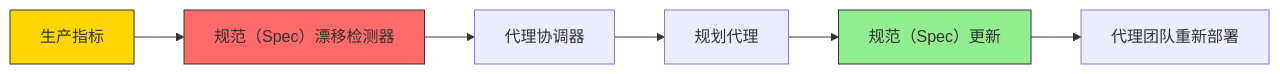
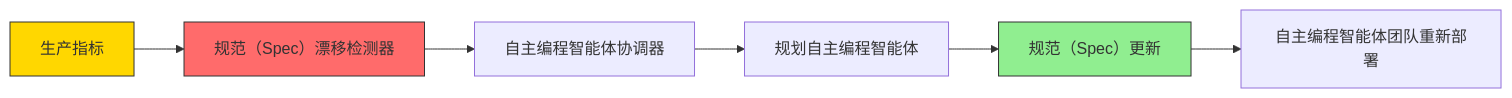
Before and after one commit to ouyangshixiong/context-engineering-zh: the sixth of 10 diagrams in README.md, drawn with Mermaid. The commit also changed other lines of this file and 6 other files, not shown here.

````diff
--- a/README.md
+++ b/README.md
@@ -396,12 +376,12 @@
 ```mermaid
 graph LR
     A[生产指标] --> B[规范（Spec）漂移检测器]
-    B --> C[代理协调器]
-    C --> D[规划代理]
+    B --> C[自主编程智能体协调器]
+    C --> D[规划自主编程智能体]
     D --> E[规范（Spec）更新]
-    E --> F[代理团队重新部署]
+    E --> F[自主编程智能体团队重新部署]
     
     style A fill:#FFD700,stroke:#333
     style B fill:#FF6B6B,stroke:#333
     style E fill:#90EE90,stroke:#333
 ```
````
